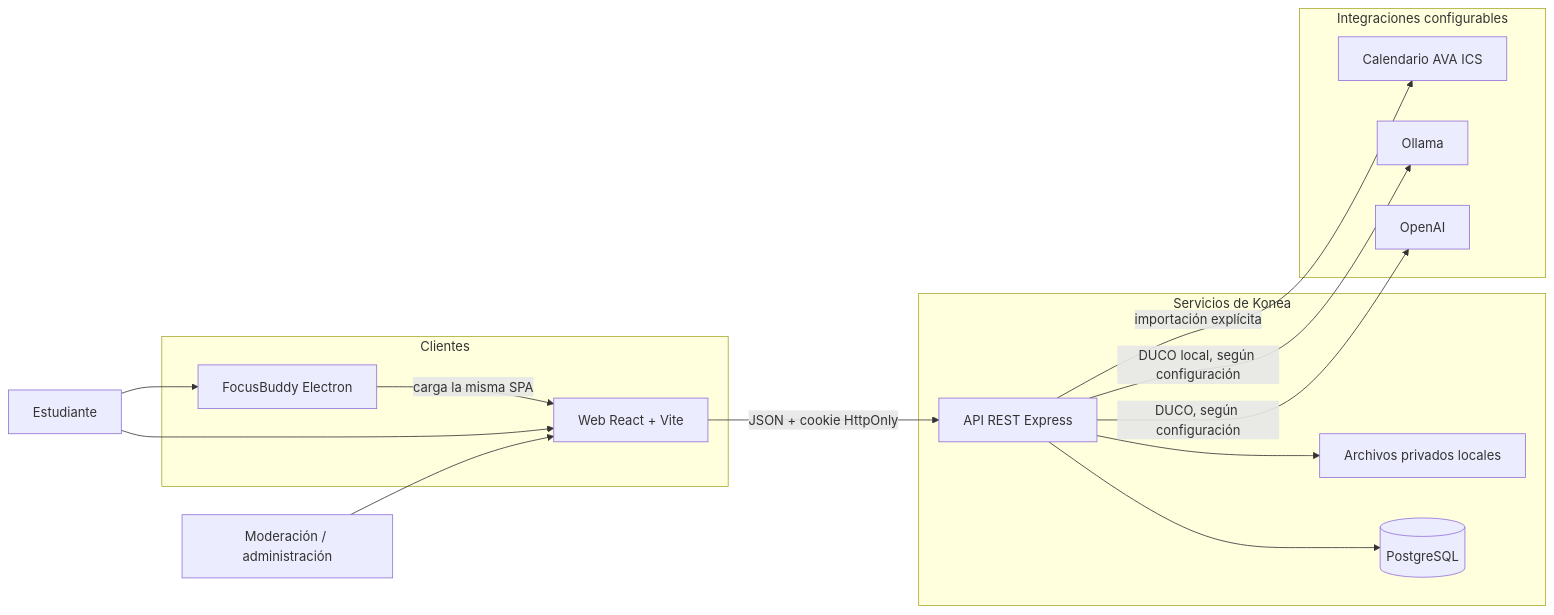
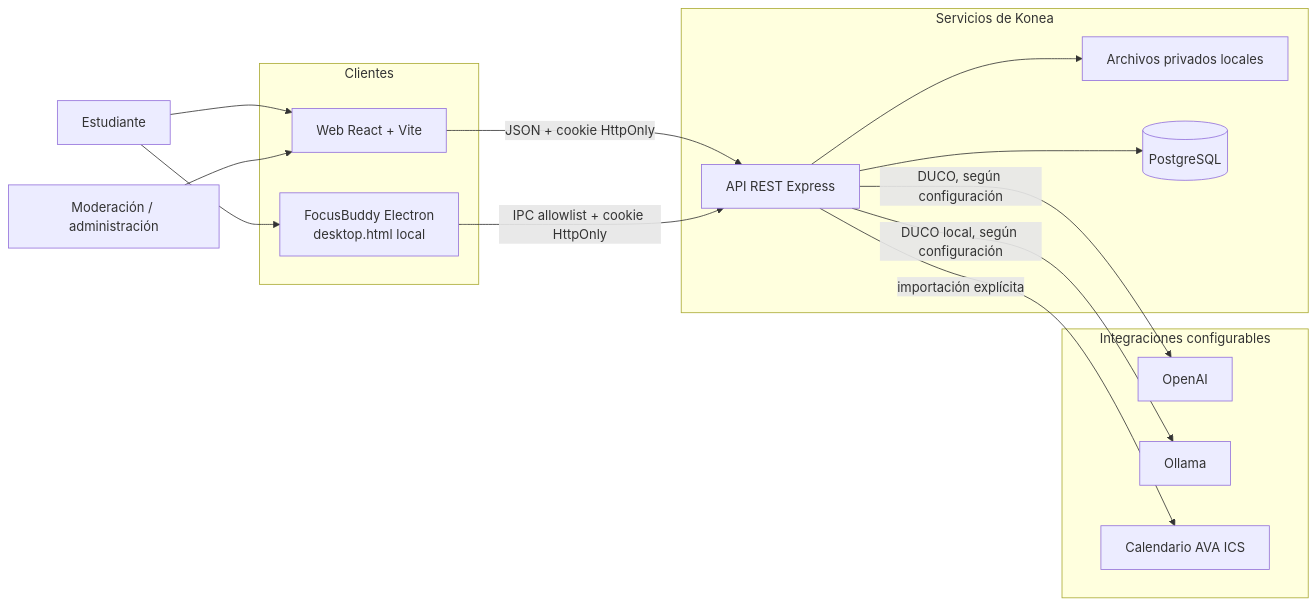
The first of 6 diagrams in docs/diagrams.md (SrCazuela/Konea-Rebirth), drawn with Mermaid before and after one commit. The commit also changed other lines of this file and 104 other files, not shown here.

````diff
--- a/docs/diagrams.md
+++ b/docs/diagrams.md
@@ -9,33 +9,33 @@
 ```mermaid
 flowchart LR
   student[Estudiante]
   staff[Moderación / administración]
 
   subgraph clients[Clientes]
     web[Web React + Vite]
-    desktop[FocusBuddy Electron]
+    desktop[FocusBuddy Electron<br/>desktop.html local]
   end
 
   subgraph backend[Servicios de Konea]
     api[API REST Express]
     files[Archivos privados locales]
     db[(PostgreSQL)]
   end
 
   subgraph integrations[Integraciones configurables]
     openai[OpenAI]
     ollama[Ollama]
     ava[Calendario AVA ICS]
   end
 
   student --> web
   student --> desktop
   staff --> web
-  desktop -->|carga la misma SPA| web
   web -->|JSON + cookie HttpOnly| api
+  desktop -->|IPC allowlist + cookie HttpOnly| api
   api --> db
   api --> files
   api -->|DUCO, según configuración| openai
   api -->|DUCO local, según configuración| ollama
   api -->|importación explícita| ava
 ```
````
